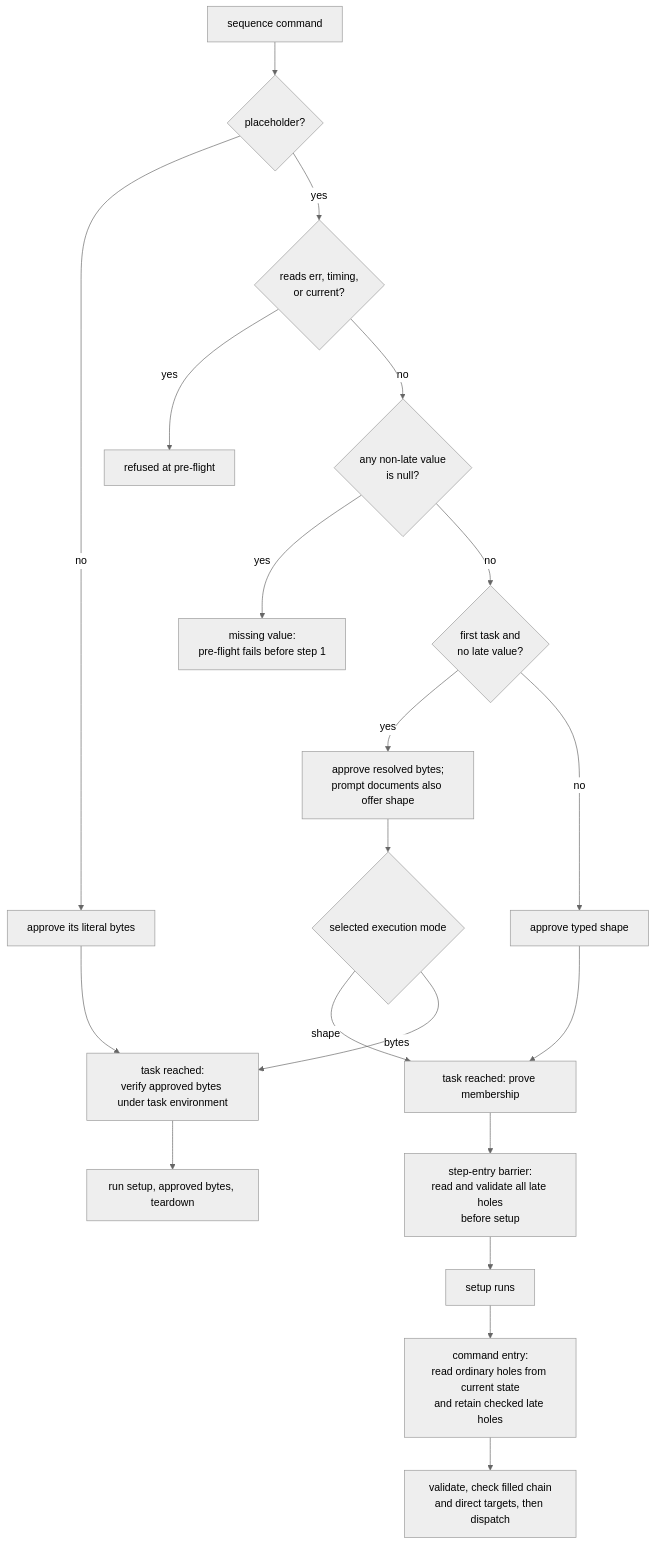
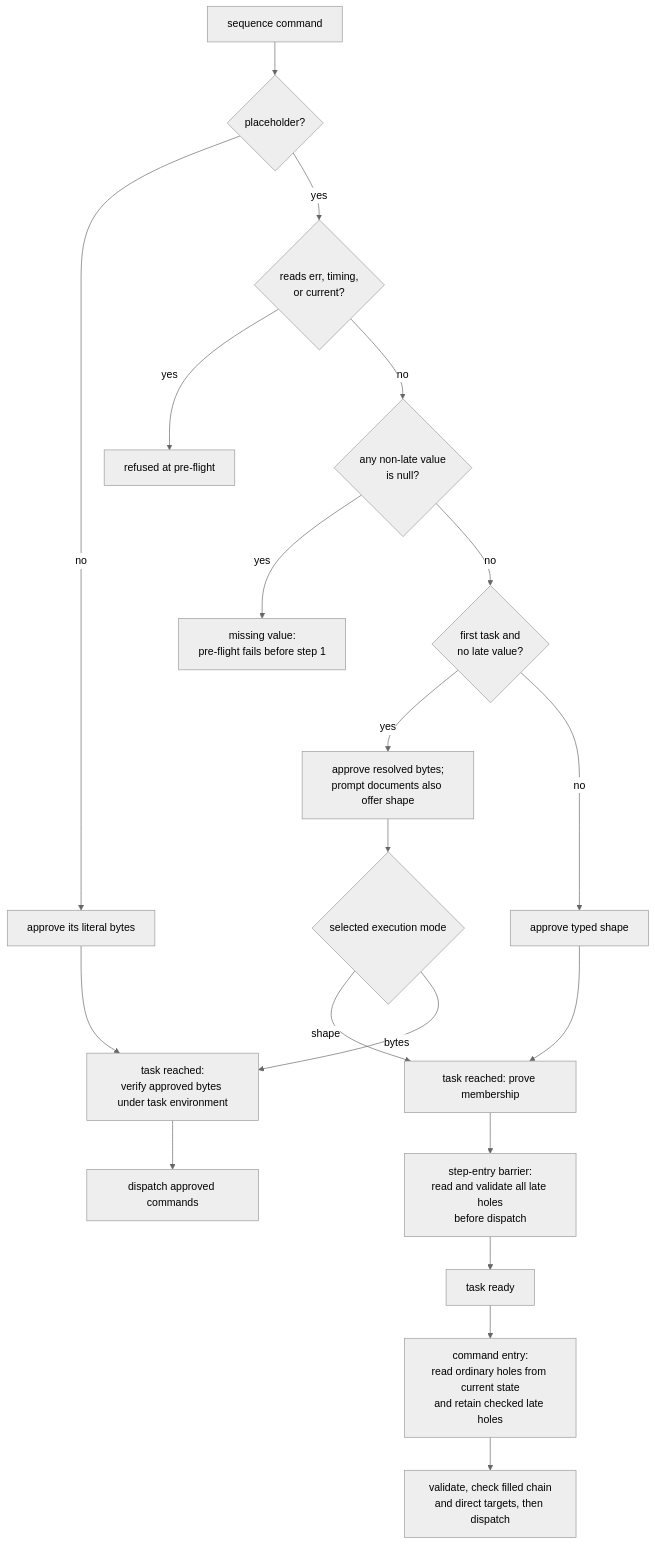
One commit to yankeeinlondon/rusty-biscuit changed the diagram in claudine/docs/topics/pre-flight-checks.md. Above: the diagram before and after it, drawn with Mermaid (neutral theme). The commit also changed other lines of this file and 84 other files, not shown here.

First line of the commit message:
docs(claudine): document sequence containers and research workflows

````diff
--- a/claudine/docs/topics/pre-flight-checks.md
+++ b/claudine/docs/topics/pre-flight-checks.md
@@ -371,22 +371,22 @@
 ```mermaid
 flowchart TD
     A[sequence command] --> B{placeholder?}
     B -- no --> C[approve its literal bytes]
     B -- yes --> D{reads err, timing,<br/>or current?}
     D -- yes --> E[refused at pre-flight]
     D -- no --> F{any non-late value<br/>is null?}
     F -- yes --> G[missing value:<br/>pre-flight fails before step 1]
     F -- no --> H{first task and<br/>no late value?}
     H -- yes --> I[approve resolved bytes;<br/>prompt documents also offer shape]
     H -- no --> J[approve typed shape]
     J --> K[task reached: prove membership]
     I --> P{selected execution mode}
     P -- shape --> K
     P -- bytes --> Q[task reached:<br/>verify approved bytes under task environment]
     C --> Q
-    Q --> R[run setup, approved bytes, teardown]
-    K --> L[step-entry barrier:<br/>read and validate all late holes<br/>before setup]
-    L --> M[setup runs]
+    Q --> R[dispatch approved commands]
+    K --> L[step-entry barrier:<br/>read and validate all late holes<br/>before dispatch]
+    L --> M[task ready]
     M --> N[command entry:<br/>read ordinary holes from current state<br/>and retain checked late holes]
     N --> O[validate, check filled chain<br/>and direct targets, then dispatch]
 ```
````
